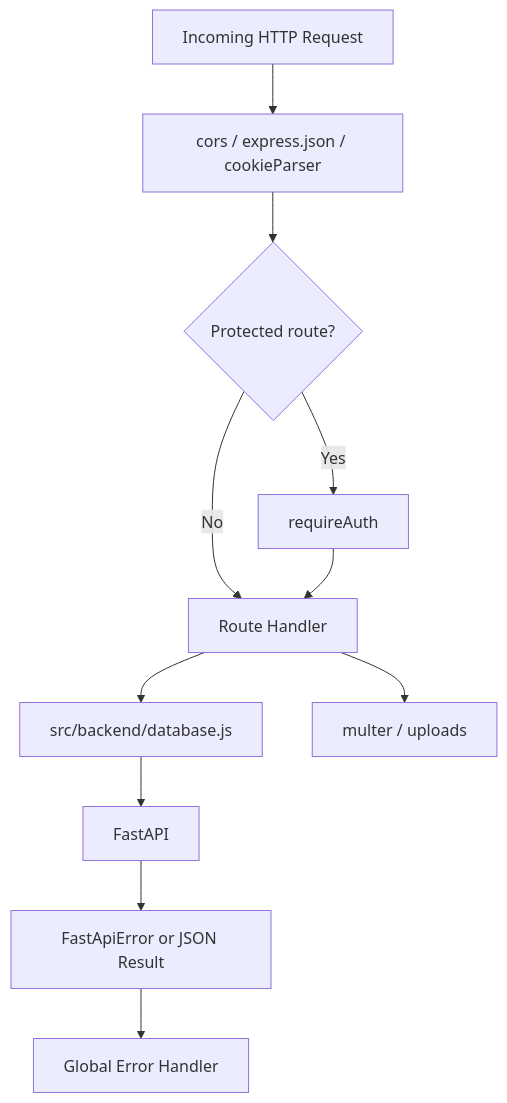
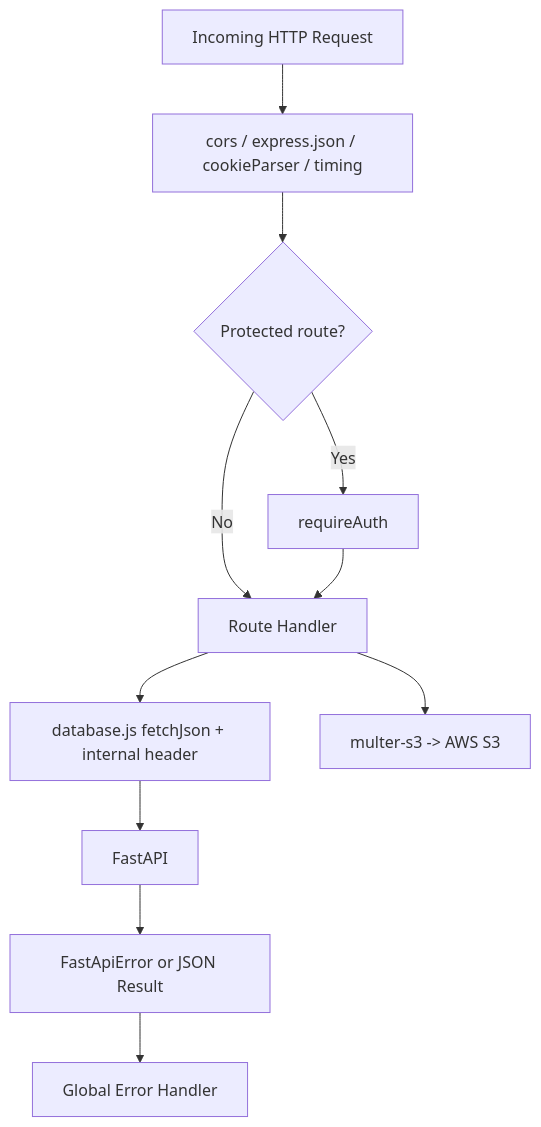
Before and after one commit to junseoja/capston: the fourth of 16 diagrams in docs/architecture-overview.md, drawn with Mermaid. The commit also changed other lines of this file and 20 other files, not shown here.

````diff
--- a/docs/architecture-overview.md
+++ b/docs/architecture-overview.md
@@ -115,13 +176,13 @@
 ```mermaid
 flowchart TD
-    REQ["Incoming HTTP Request"] --> MW1["cors / express.json / cookieParser"]
+    REQ["Incoming HTTP Request"] --> MW1["cors / express.json / cookieParser / timing"]
     MW1 --> AUTH{"Protected route?"}
     AUTH -- Yes --> MW2["requireAuth"]
     AUTH -- No --> RT["Route Handler"]
     MW2 --> RT
-    RT --> DBJS["src/backend/database.js"]
+    RT --> DBJS["database.js fetchJson + internal header"]
     DBJS --> FAST["FastAPI"]
-    RT --> UP["multer / uploads"] 
+    RT --> S3UP["multer-s3 -> AWS S3"]
     FAST --> ERR["FastApiError or JSON Result"]
     ERR --> GEH["Global Error Handler"]
 ```
````
